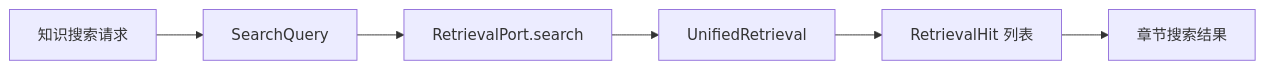
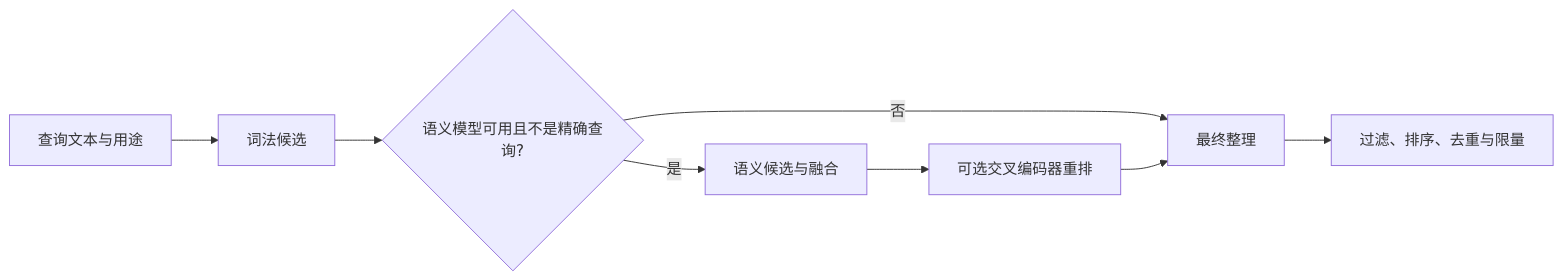
The diagram in .repo-review/knowledge/articles/e1aefe156d02f69476a443ae16951b1e4d0f5e30e2f93765c433725e810452db.md (lejunyang/omem), drawn with Mermaid before and after one commit. The commit also changed other lines of this file and 20 other files, not shown here.

````diff
--- a/.repo-review/knowledge/articles/e1aefe156d02f69476a443ae16951b1e4d0f5e30e2f93765c433725e810452db.md
+++ b/.repo-review/knowledge/articles/e1aefe156d02f69476a443ae16951b1e4d0f5e30e2f93765c433725e810452db.md
@@ -19,8 +21,10 @@
 ```mermaid
 flowchart LR
-  A[知识搜索请求] --> B[SearchQuery]
-  B --> C[RetrievalPort.search]
-  C --> D[UnifiedRetrieval]
-  D --> E[RetrievalHit 列表]
-  E --> F[章节搜索结果]
+  A[查询文本与用途] --> B[词法候选]
+  B --> C{语义模型可用且不是精确查询?}
+  C -- 是 --> D[语义候选与融合]
+  C -- 否 --> F[最终整理]
+  D --> E[可选交叉编码器重排]
+  E --> F
+  F --> G[过滤、排序、去重与限量]
 ```
````
